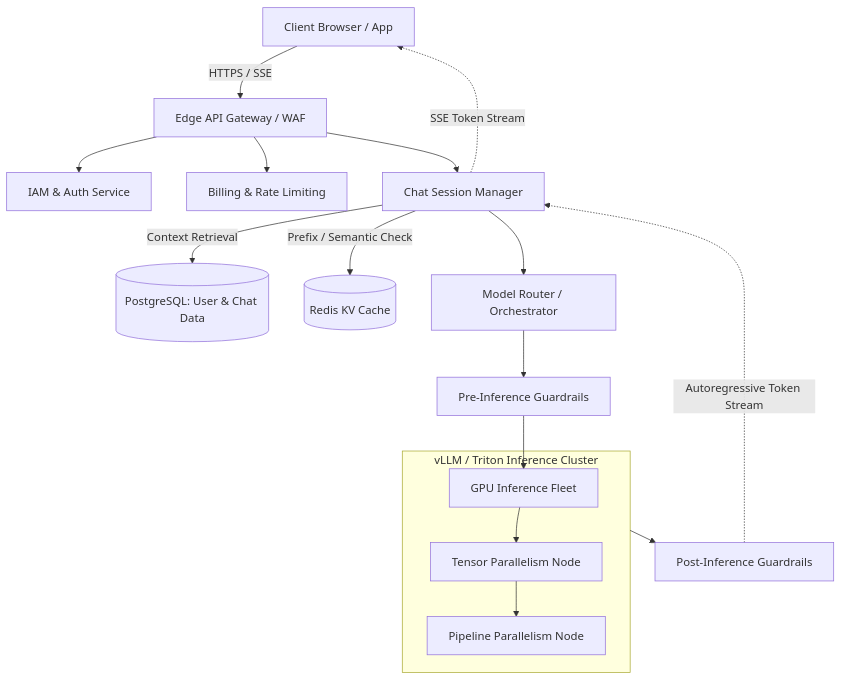
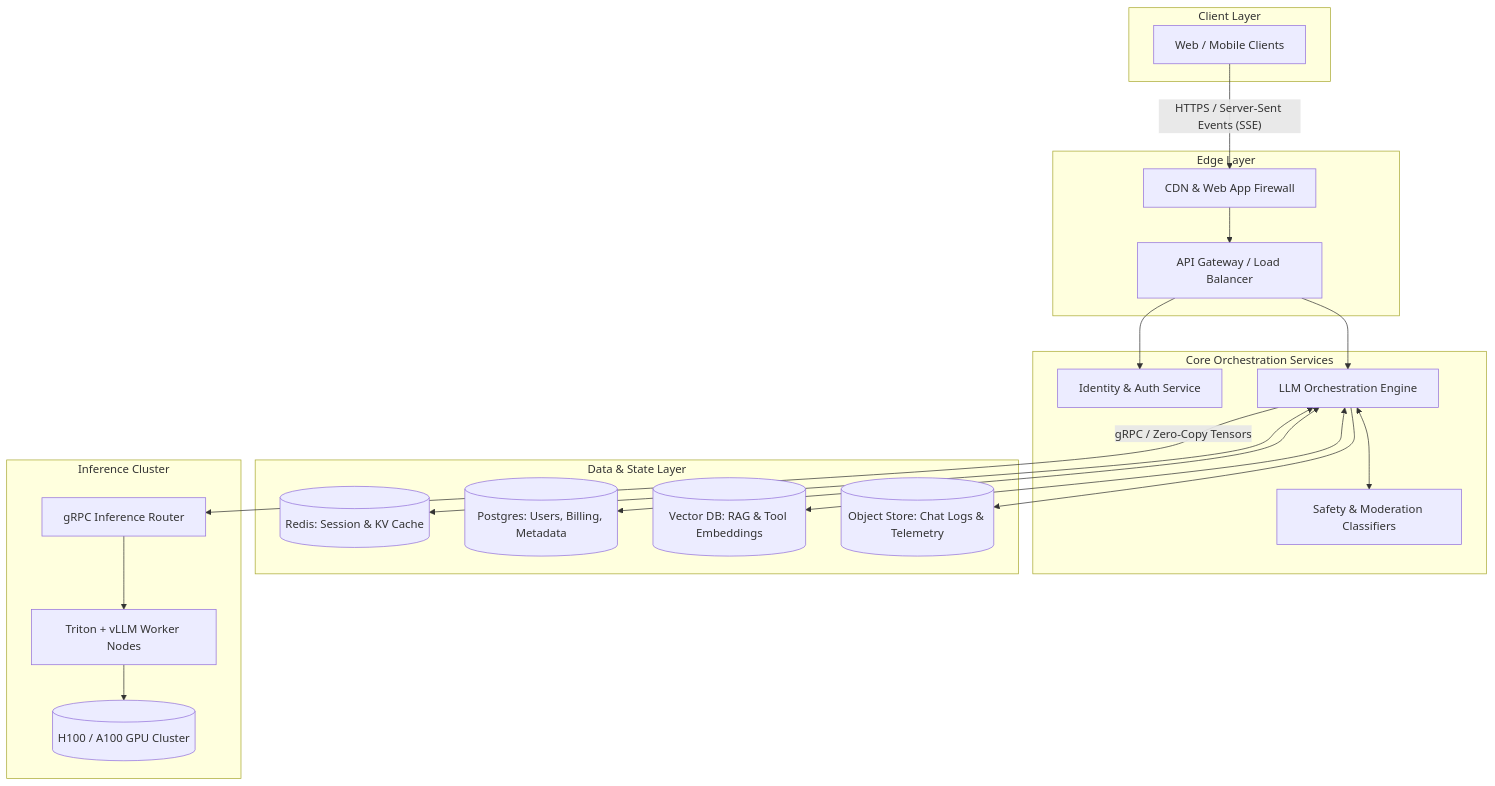
The diagram in Design_ChatGPT.md (AdrianTorjKobza/System_Design), drawn with Mermaid before and after one commit. The commit also changed other lines of this file, not shown here.

````diff
--- a/Design_ChatGPT.md
+++ b/Design_ChatGPT.md
@@ -8,31 +8,45 @@
 ```mermaid
 graph TD
-    %% Client & Edge Layer
-    Client[Client Browser / App] -->|HTTPS / SSE| API_Gateway[Edge API Gateway / WAF]
+    subgraph Client Layer
+        Client[Web / Mobile Clients]
+    end
+
+    subgraph Edge Layer
+        WAF[CDN & Web App Firewall]
+        Gateway[API Gateway / Load Balancer]
+    end
+
+    subgraph Core Orchestration Services
+        Auth[Identity & Auth Service]
+        Orchestrator[LLM Orchestration Engine]
+        Moderation[Safety & Moderation Classifiers]
+    end
+
+    subgraph Data & State Layer
+        Redis[(Redis: Session & KV Cache)]
+        Postgres[(Postgres: Users, Billing, Metadata)]
+        VectorDB[(Vector DB: RAG & Tool Embeddings)]
+        S3[(Object Store: Chat Logs & Telemetry)]
+    end
+
+    subgraph Inference Cluster
+        Router[gRPC Inference Router]
+        Triton_vLLM[Triton + vLLM Worker Nodes]
+        GPU[(H100 / A100 GPU Cluster)]
+    end
+
+    Client -- "HTTPS / Server-Sent Events (SSE)" --> WAF
+    WAF --> Gateway
+    Gateway --> Auth
+    Gateway --> Orchestrator
     
-    %% API & Core Orchestration
-    API_Gateway --> Auth[IAM & Auth Service]
-    API_Gateway --> RateLimit[Billing & Rate Limiting]
-    API_Gateway --> SessionMgr[Chat Session Manager]
+    Orchestrator <--> Moderation
+    Orchestrator <--> Redis
+    Orchestrator <--> Postgres
+    Orchestrator <--> VectorDB
+    Orchestrator --> S3
     
-    %% Data & State Layer
-    SessionMgr -->|Context Retrieval| DB[(PostgreSQL: User & Chat Data)]
-    SessionMgr -->|Prefix / Semantic Check| Redis[(Redis KV Cache)]
-    
-    %% Routing & Safety 
-    SessionMgr --> Router[Model Router / Orchestrator]
-    Router --> PreSafety[Pre-Inference Guardrails]
-    
-    %% Inference Fleet
-    PreSafety --> GPU_Fleet[GPU Inference Fleet]
-    
-    subgraph GPU_Cluster [vLLM / Triton Inference Cluster]
-        GPU_Fleet --> TP[Tensor Parallelism Node]
-        TP --> PP[Pipeline Parallelism Node]
-    end
-    
-    %% Post Safety & Egress
-    GPU_Cluster --> PostSafety[Post-Inference Guardrails]
-    PostSafety -.->|Autoregressive Token Stream| SessionMgr
-    SessionMgr -.->|SSE Token Stream| Client
+    Orchestrator -- "gRPC / Zero-Copy Tensors" --> Router
+    Router --> Triton_vLLM
+    Triton_vLLM --> GPU
 ```
````
